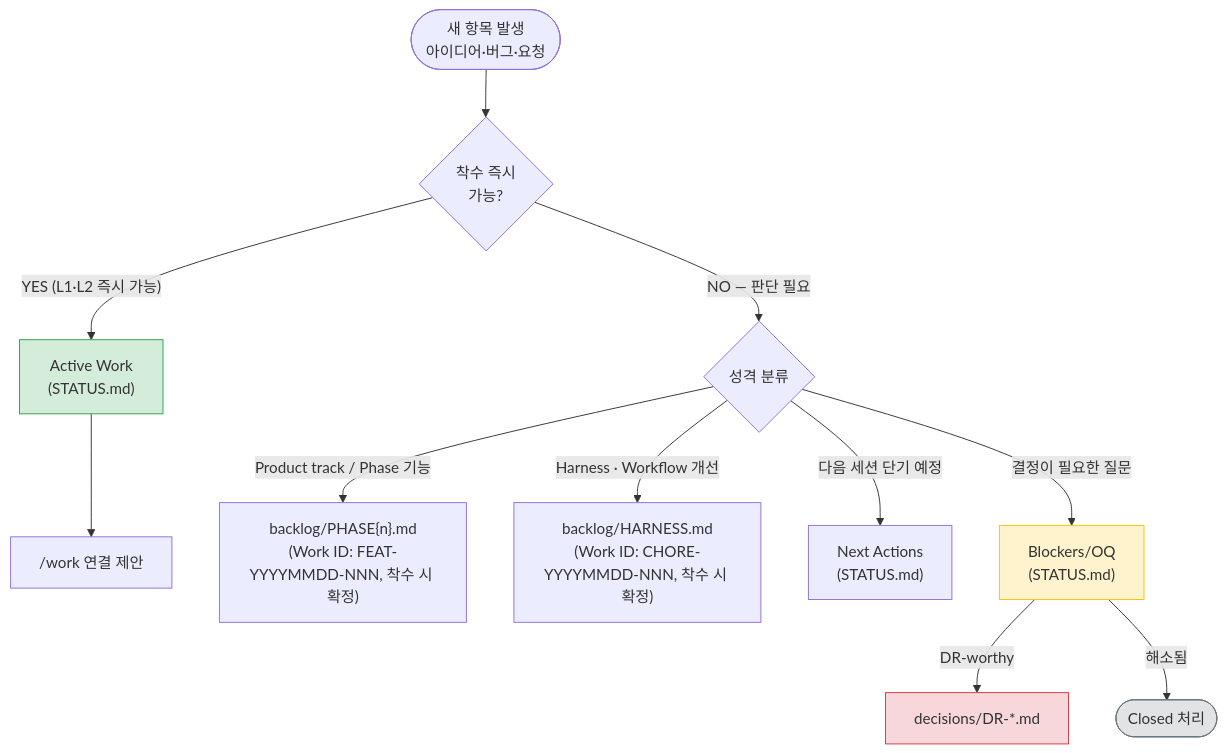
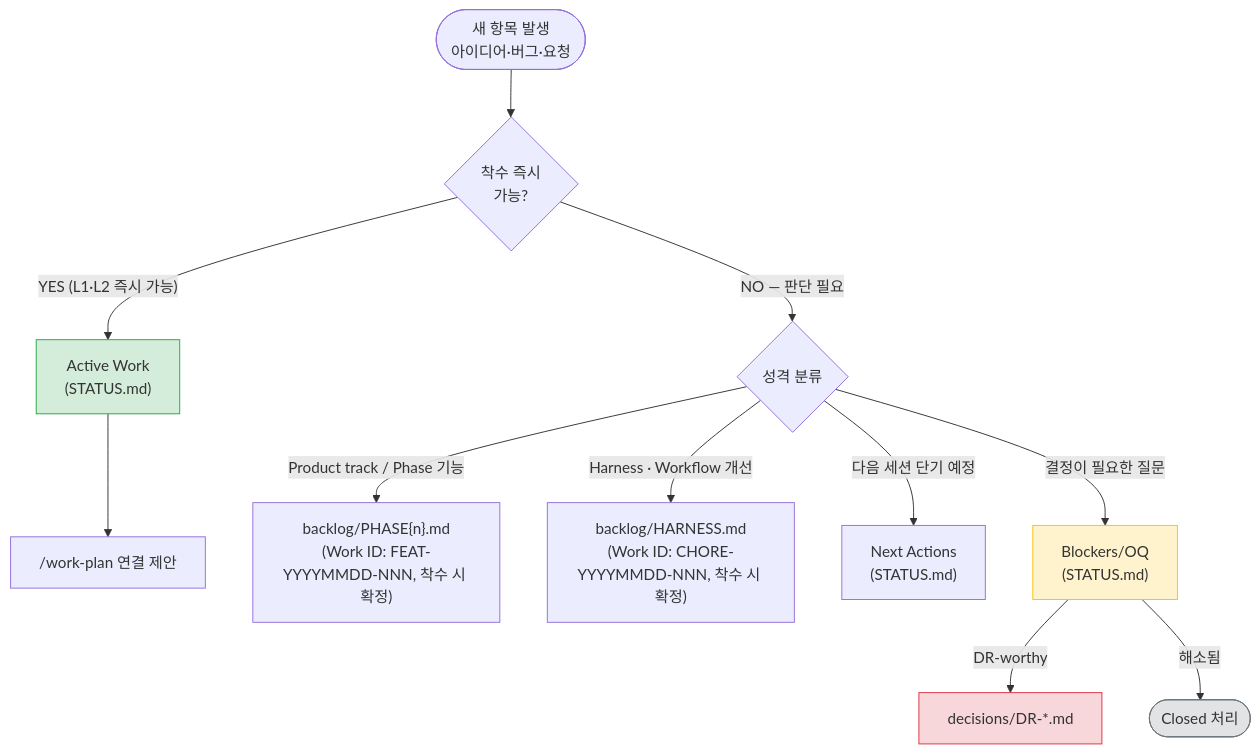
Before and after one commit to kyungseo/ai-workflow-harness: the seventh of 14 diagrams in docs/WORKFLOW-MANUAL.md, drawn with Mermaid. The commit also changed other lines of this file and 83 other files, not shown here.

````diff
--- a/docs/WORKFLOW-MANUAL.md
+++ b/docs/WORKFLOW-MANUAL.md
@@ -393,22 +393,22 @@
 ```mermaid
 flowchart TD
     NEW(["새 항목 발생\n아이디어·버그·요청"]) --> URGENT{"착수 즉시\n가능?"}
 
     URGENT -- "YES (L1·L2 즉시 가능)" --> AW["Active Work\n(STATUS.md)"]
-    AW --> WORK_CMD["/work 연결 제안"]
+    AW --> WORK_CMD["/work-plan 연결 제안"]
 
     URGENT -- "NO — 판단 필요" --> TYPE{"성격 분류"}
 
     TYPE -- "Product track / Phase 기능" --> PBL["backlog/PHASE{n}.md\n(Work ID: FEAT-YYYYMMDD-NNN, 착수 시 확정)"]
     TYPE -- "Harness · Workflow 개선" --> HBL["backlog/HARNESS.md\n(Work ID: CHORE-YYYYMMDD-NNN, 착수 시 확정)"]
     TYPE -- "다음 세션 단기 예정" --> NA["Next Actions\n(STATUS.md)"]
     TYPE -- "결정이 필요한 질문" --> OQ["Blockers/OQ\n(STATUS.md)"]
 
     OQ -- "DR-worthy" --> DR["decisions/DR-*.md"]
     OQ -- "해소됨" --> CLOSED(["Closed 처리"])
 
     style AW fill:#d4edda,stroke:#28a745
     style OQ fill:#fff3cd,stroke:#ffc107
     style DR fill:#f8d7da,stroke:#dc3545
     style CLOSED fill:#e2e3e5,stroke:#6c757d
 ```
````
